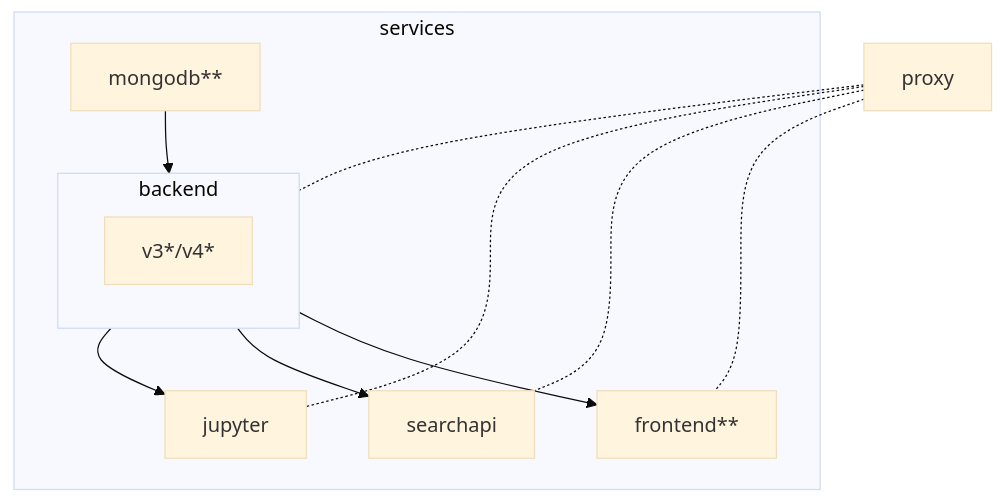
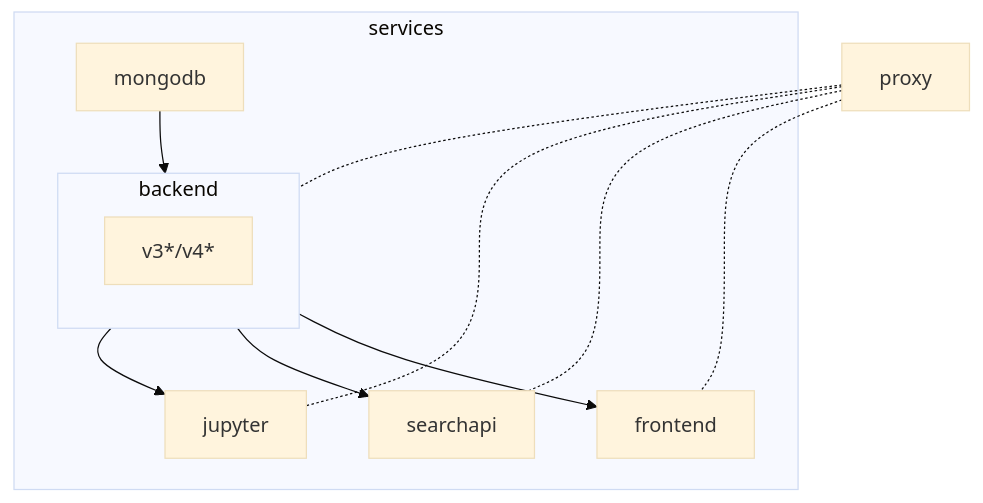
The diagram in README.md (SciCatProject/scicatlive), drawn with Mermaid (base theme) before and after one commit. The commit also changed other lines of this file and 5 other files, not shown here.

````diff
--- a/README.md
+++ b/README.md
@@ -50,17 +61,17 @@
 ```mermaid
 graph TD
    subgraph services
       subgraph backend
          backends[v3*/v4*]
       end
-      mongodb[mongodb**] --> backend
-      backend --> frontend[frontend**]
+      mongodb --> backend
+      backend --> frontend
       backend --> searchapi
       backend --> jupyter
    end
 
    proxy -.- backend
    proxy -.- frontend
    proxy -.- searchapi
    proxy -.- jupyter
 ```
````
